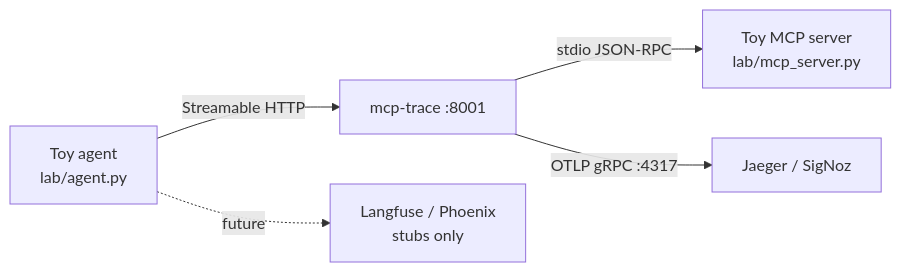
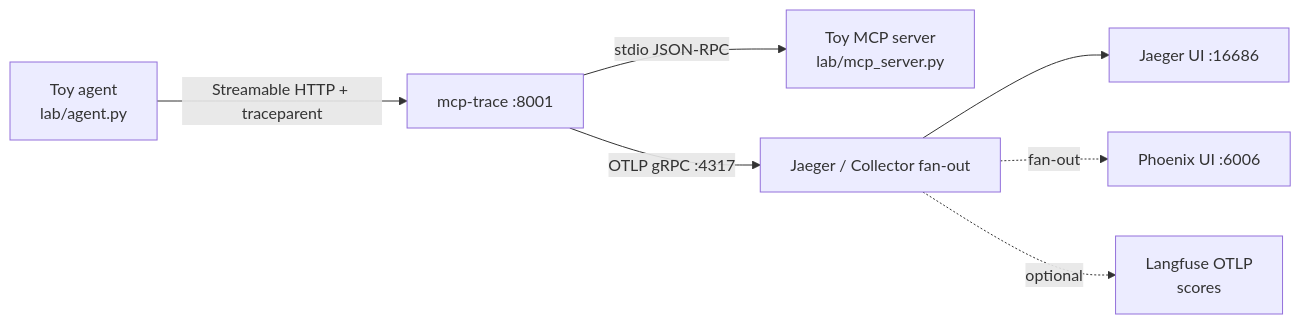
The diagram in README.md (anhermon/agent-obs-lab), drawn with Mermaid before and after one commit. The commit also changed other lines of this file and 12 other files, not shown here.

First line of the commit message:
Polish compose UX, Phoenix fan-out, agent.turn parent (#1)

````diff
--- a/README.md
+++ b/README.md
@@ -22,7 +22,9 @@
 ```mermaid
 flowchart LR
-  Agent["Toy agent<br/>lab/agent.py"] -->|Streamable HTTP| Trace["mcp-trace :8001"]
+  Agent["Toy agent<br/>lab/agent.py"] -->|Streamable HTTP + traceparent| Trace["mcp-trace :8001"]
   Trace -->|stdio JSON-RPC| Server["Toy MCP server<br/>lab/mcp_server.py"]
-  Trace -->|OTLP gRPC :4317| Jaeger["Jaeger / SigNoz"]
-  Agent -.->|future| LF["Langfuse / Phoenix<br/>stubs only"]
+  Trace -->|OTLP gRPC :4317| Backend["Jaeger  /  Collector fan-out"]
+  Backend --> Jaeger["Jaeger UI :16686"]
+  Backend -.->|fan-out| Phoenix["Phoenix UI :6006"]
+  Backend -.->|optional| LF["Langfuse OTLP<br/>scores"]
 ```
````
